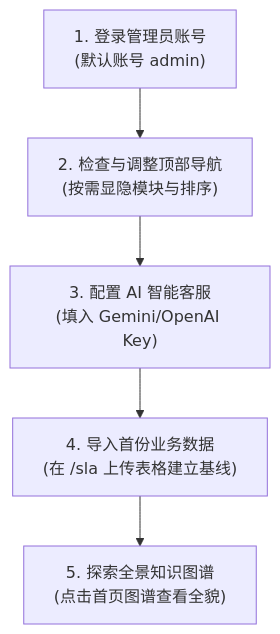
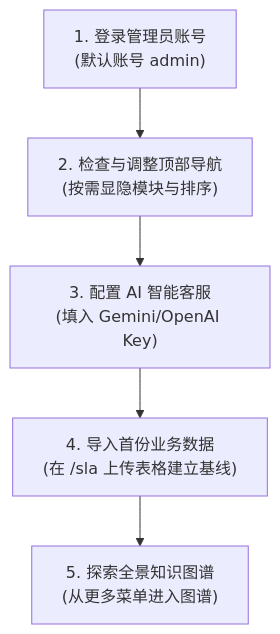
One commit to fanxiaolongx-max/Dragon-Platform changed diagram 22 of 23 in tools-platform/README.md. Above: the diagram before and after it, drawn with Mermaid. The commit also changed other lines of this file and 9 other files, not shown here.

````diff
--- a/tools-platform/README.md
+++ b/tools-platform/README.md
@@ -1975,7 +1944,7 @@
 ```mermaid
 flowchart TD
     STEP1["1. 登录管理员账号<br/>(默认账号 admin)"] --> STEP2["2. 检查与调整顶部导航<br/>(按需显隐模块与排序)"]
     STEP2 --> STEP3["3. 配置 AI 智能客服<br/>(填入 Gemini/OpenAI Key)"]
     STEP3 --> STEP4["4. 导入首份业务数据<br/>(在 /sla 上传表格建立基线)"]
-    STEP4 --> STEP5["5. 探索全景知识图谱<br/>(点击首页图谱查看全貌)"]
+    STEP4 --> STEP5["5. 探索全景知识图谱<br/>(从更多菜单进入图谱)"]
 ```
````
